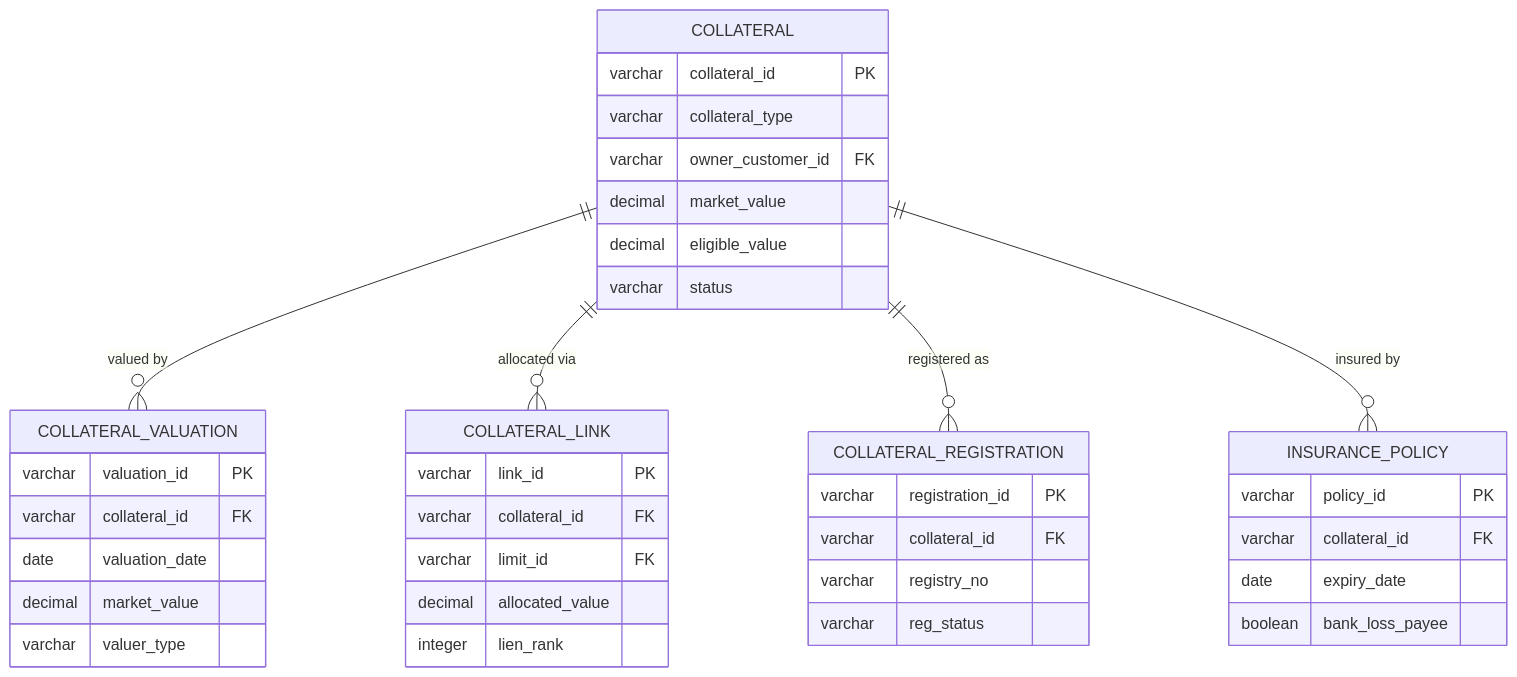
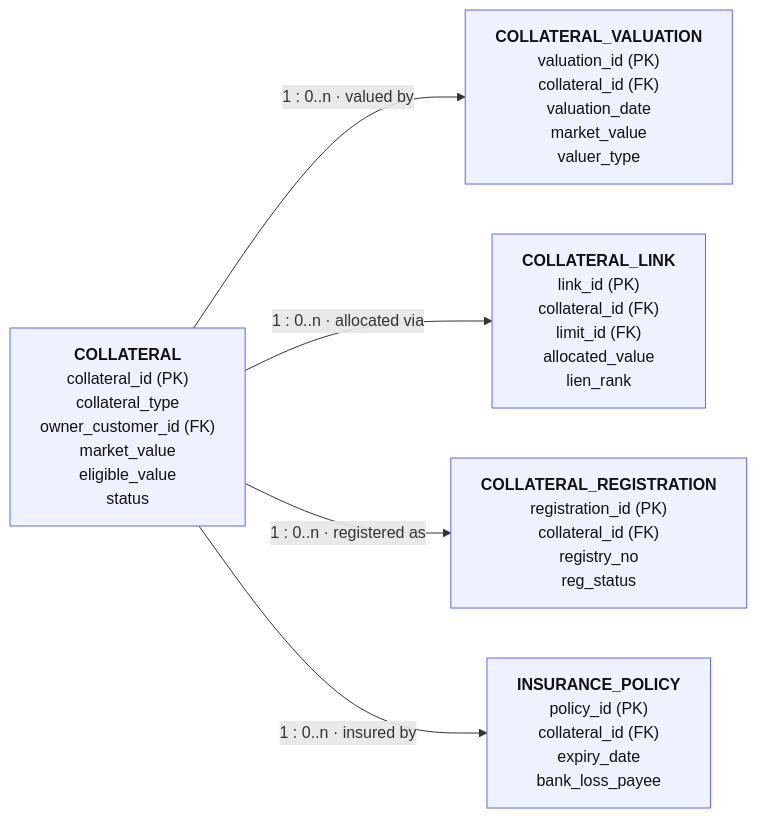
One commit to yugshinz-star/credit-management-system changed diagram 16 of 21 in docs/business-architecture-processes-data-model.md. Above: the diagram before and after it, drawn with Mermaid. The commit also changed other lines of this file, not shown here.

First line of the commit message:
Redraw ER and state diagrams as flowcharts for GitHub rendering

````diff
--- a/docs/business-architecture-processes-data-model.md
+++ b/docs/business-architecture-processes-data-model.md
@@ -1061,41 +1006,13 @@
 ```mermaid
-erDiagram
-    COLLATERAL {
-        varchar collateral_id PK
-        varchar collateral_type
-        varchar owner_customer_id FK
-        decimal market_value
-        decimal eligible_value
-        varchar status
-    }
-    COLLATERAL_VALUATION {
-        varchar valuation_id PK
-        varchar collateral_id FK
-        date valuation_date
-        decimal market_value
-        varchar valuer_type
-    }
-    COLLATERAL_LINK {
-        varchar link_id PK
-        varchar collateral_id FK
-        varchar limit_id FK
-        decimal allocated_value
-        integer lien_rank
-    }
-    COLLATERAL_REGISTRATION {
-        varchar registration_id PK
-        varchar collateral_id FK
-        varchar registry_no
-        varchar reg_status
-    }
-    INSURANCE_POLICY {
-        varchar policy_id PK
-        varchar collateral_id FK
-        date expiry_date
-        boolean bank_loss_payee
-    }
-    COLLATERAL ||--o{ COLLATERAL_VALUATION : "valued by"
-    COLLATERAL ||--o{ COLLATERAL_LINK : "allocated via"
-    COLLATERAL ||--o{ COLLATERAL_REGISTRATION : "registered as"
-    COLLATERAL ||--o{ INSURANCE_POLICY : "insured by"
+flowchart LR
+    classDef ent fill:#eef2ff,stroke:#6366f1,color:#111
+    COL["<b>COLLATERAL</b><br/>collateral_id (PK)<br/>collateral_type<br/>owner_customer_id (FK)<br/>market_value<br/>eligible_value<br/>status"]:::ent
+    VAL["<b>COLLATERAL_VALUATION</b><br/>valuation_id (PK)<br/>collateral_id (FK)<br/>valuation_date<br/>market_value<br/>valuer_type"]:::ent
+    LNK["<b>COLLATERAL_LINK</b><br/>link_id (PK)<br/>collateral_id (FK)<br/>limit_id (FK)<br/>allocated_value<br/>lien_rank"]:::ent
+    REG["<b>COLLATERAL_REGISTRATION</b><br/>registration_id (PK)<br/>collateral_id (FK)<br/>registry_no<br/>reg_status"]:::ent
+    INS["<b>INSURANCE_POLICY</b><br/>policy_id (PK)<br/>collateral_id (FK)<br/>expiry_date<br/>bank_loss_payee"]:::ent
+    COL -->|"1 : 0..n · valued by"| VAL
+    COL -->|"1 : 0..n · allocated via"| LNK
+    COL -->|"1 : 0..n · registered as"| REG
+    COL -->|"1 : 0..n · insured by"| INS
 ```
````
